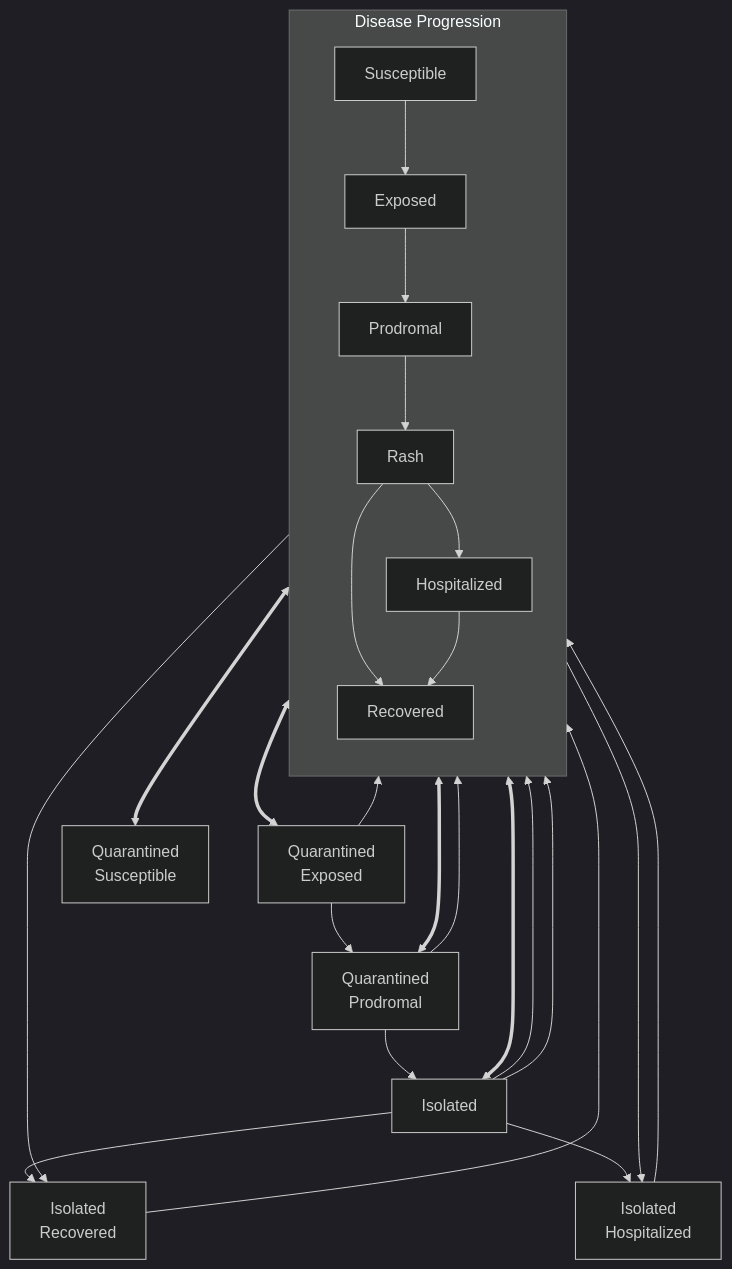
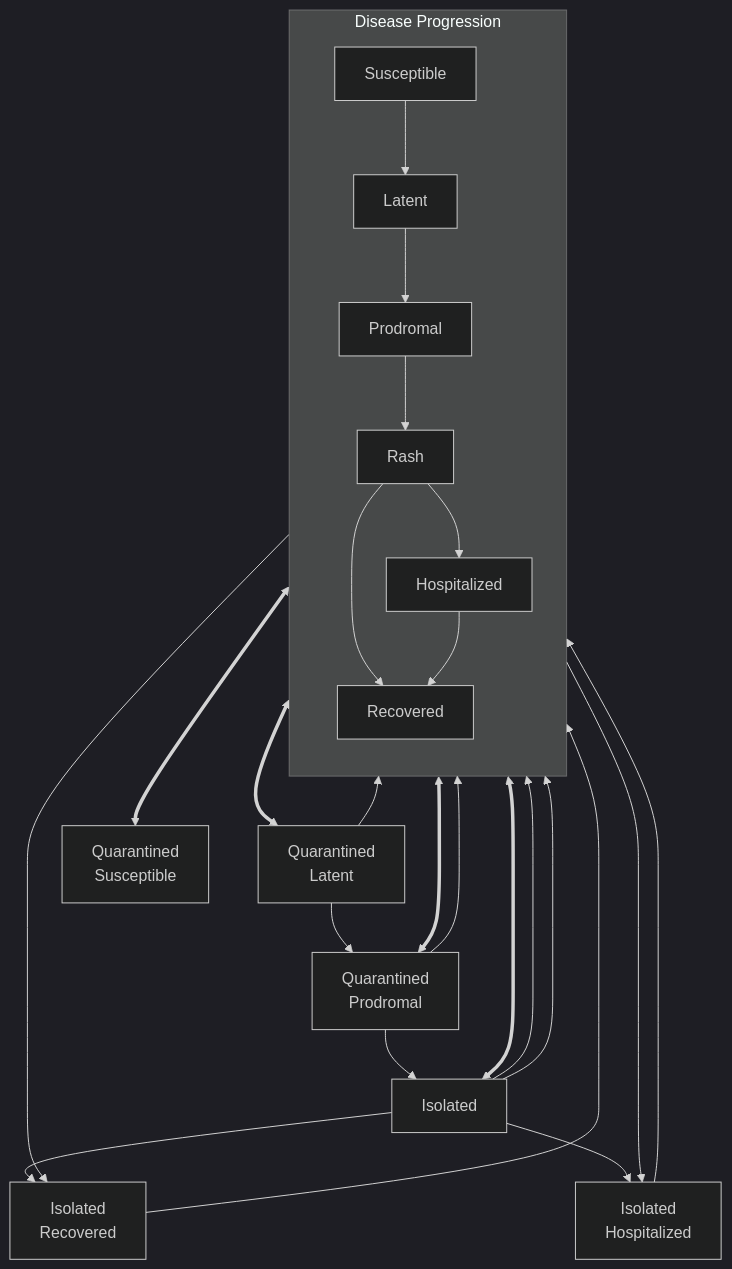
One commit to UofUEpiBio/epiworld changed the diagram in include/epiworld/models/measlesmixing.mmd. Above: the diagram before and after it, drawn with Mermaid (dark theme). The commit also changed 11 other files, not shown here.

First line of the commit message:
Rename "Exposed" to "Latent" in measles models (#204)

```diff
--- a/include/epiworld/models/measlesmixing.mmd
+++ b/include/epiworld/models/measlesmixing.mmd
@@ -1,57 +1,57 @@
 flowchart TB
 
     %% Disease progression states
     subgraph Main[Disease Progression]
         direction TB
         S[Susceptible]
-        E[Exposed]
+        E[Latent]
         P[Prodromal]
         Ra[Rash]
         Re[Recovered]
         H[Hospitalized]
     end
 
     S --> E
     E --> P
     P --> Ra
     Ra --> Re
     
     Ra --> H
     H --> Re
 
     %% Quarantine states
-    Qe[Quarantined<br>Exposed]
+    Qe[Quarantined<br>Latent]
     Qs[Quarantined<br>Susceptible]
     Qp[Quarantined<br>Prodromal]
     I[Isolated]
     Ih[Isolated<br>Hospitalized]
     Ir[Isolated<br>Recovered]
 
     %% Prodromal updates
     P <==> Qp
 
     %% Rash updates
     Ra <==> I
     Ra --> Ir
     Ra --> Ih
 
     %% Isolation process
     I --> Re
     I --> Ir
     I --> Ih
     I --> H
 
     %% Ih --> Ir
     Ih --> Re
     Ir --> Re
 
     %% Quarantine process
     S <==> Qs
 
-    %% Quarantine Exposed
+    %% Quarantine Latent
     Qe --> Qp
     Qe --> P
     E <==> Qe
 
     Qp --> I
     Qp --> Ra
```
